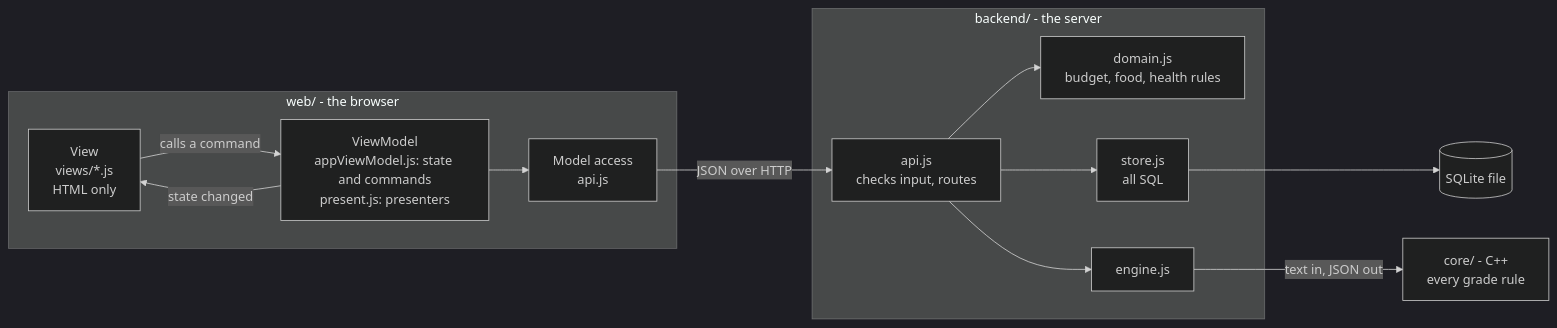
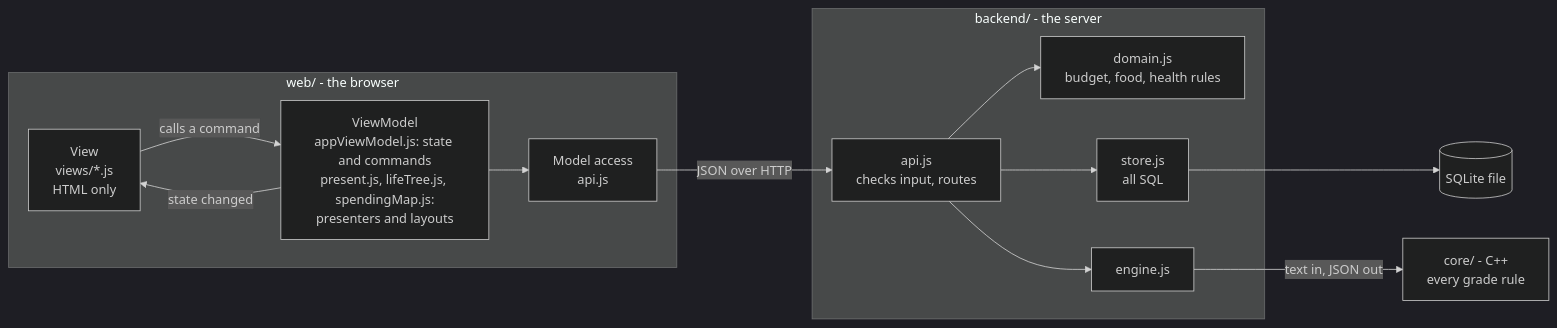
The diagram in docs/handoff/mvvm-guide.md (sih2006/Everything-A-Monash-Malaysia-Student-Would-Need), drawn with Mermaid (dark theme) before and after one commit. The commit also changed other lines of this file and 30 other files, not shown here.

````diff
--- a/docs/handoff/mvvm-guide.md
+++ b/docs/handoff/mvvm-guide.md
@@ -7,16 +7,16 @@
 ```mermaid
 flowchart LR
   subgraph web [web/ - the browser]
-    V[View<br/>views/*.js<br/>HTML only] -->|calls a command| VM[ViewModel<br/>appViewModel.js: state and commands<br/>present.js: presenters]
+    V[View<br/>views/*.js<br/>HTML only] -->|calls a command| VM[ViewModel<br/>appViewModel.js: state and commands<br/>present.js, lifeTree.js, spendingMap.js:<br/>presenters and layouts]
     VM -->|state changed| V
     VM --> M[Model access<br/>api.js]
   end
   M -->|JSON over HTTP| API[api.js<br/>checks input, routes]
   subgraph backend [backend/ - the server]
     API --> D[domain.js<br/>budget, food, health rules]
     API --> S[store.js<br/>all SQL]
     API --> E[engine.js]
   end
   E -->|text in, JSON out| CORE[core/ - C++<br/>every grade rule]
   S --> DB[(SQLite file)]
 ```
````
